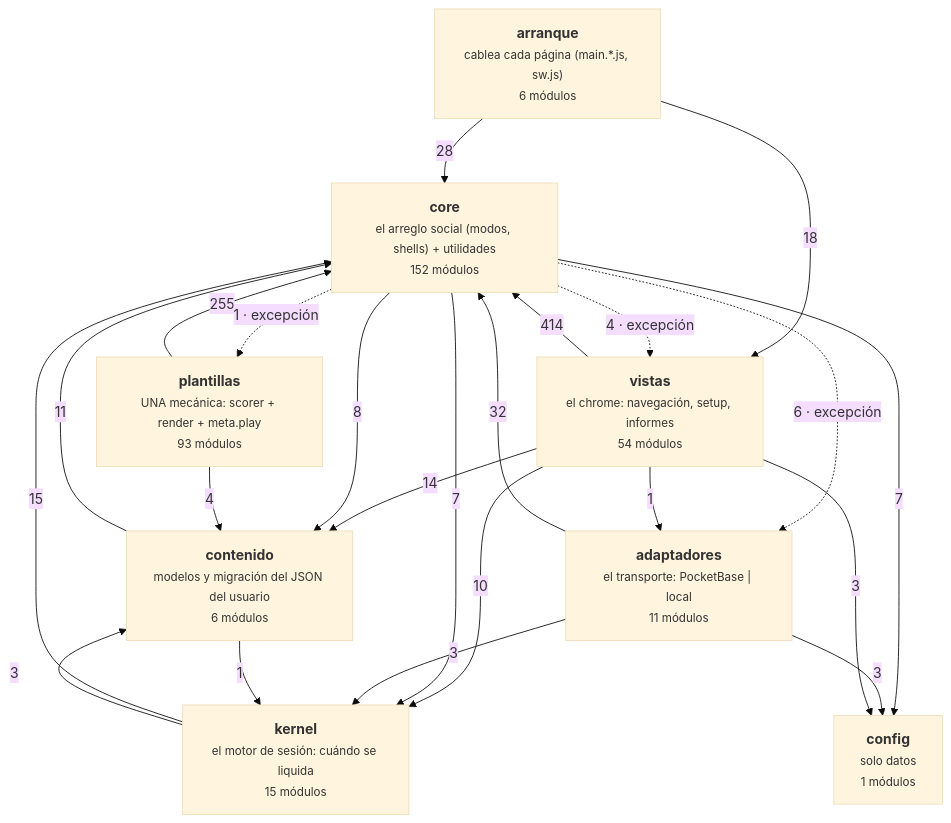
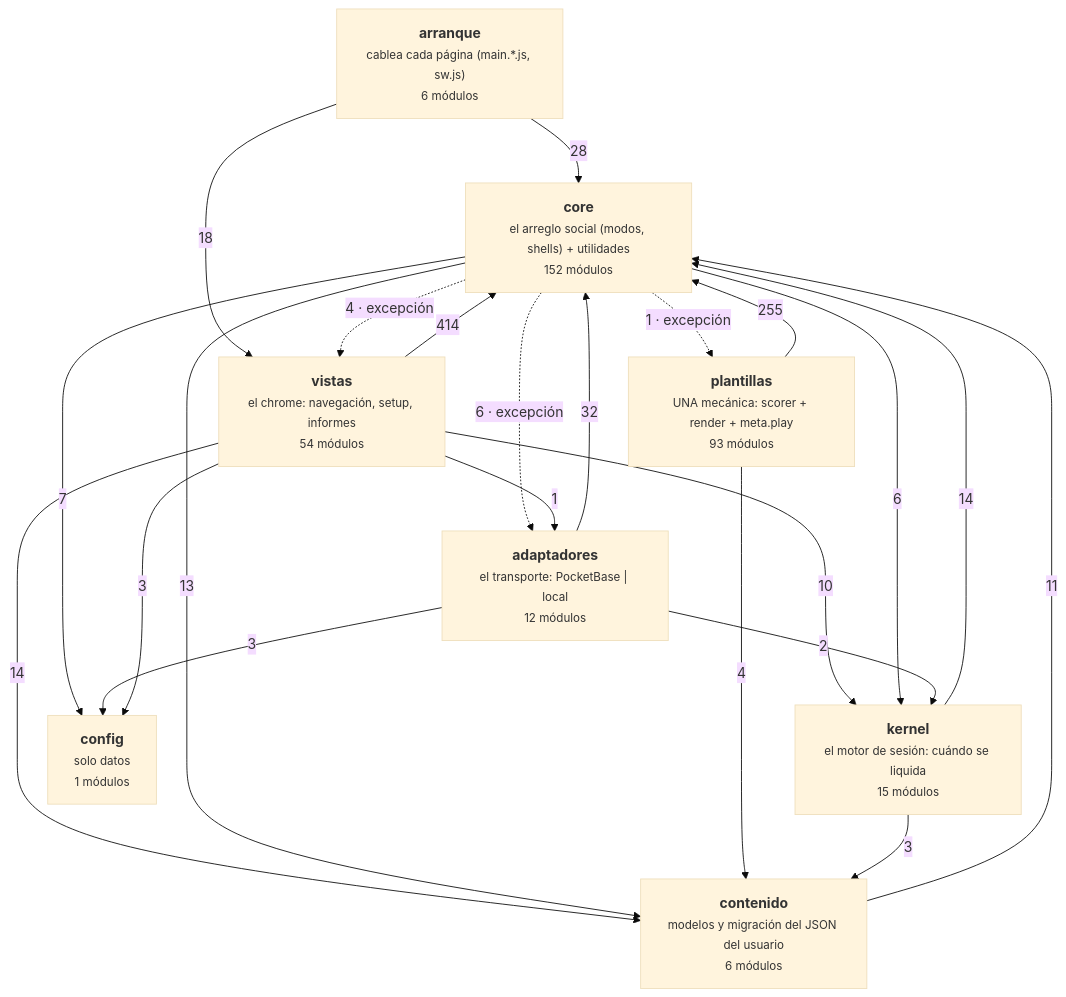
The diagram in docs/arquitectura-modulos.md (duecaz/ac), drawn with Mermaid (base theme) before and after one commit. The commit also changed other lines of this file and 94 other files, not shown here.

````diff
--- a/docs/arquitectura-modulos.md
+++ b/docs/arquitectura-modulos.md
@@ -56,33 +56,32 @@
 ```mermaid
 graph TD
   A["<b>arranque</b><br/><small>cablea cada página (main.*.js, sw.js)</small><br/><small>6 módulos</small>"]
   V["<b>vistas</b><br/><small>el chrome: navegación, setup, informes</small><br/><small>54 módulos</small>"]
-  AD["<b>adaptadores</b><br/><small>el transporte: PocketBase | local</small><br/><small>11 módulos</small>"]
+  AD["<b>adaptadores</b><br/><small>el transporte: PocketBase | local</small><br/><small>12 módulos</small>"]
   C["<b>core</b><br/><small>el arreglo social (modos, shells) + utilidades</small><br/><small>152 módulos</small>"]
   K["<b>kernel</b><br/><small>el motor de sesión: cuándo se liquida</small><br/><small>15 módulos</small>"]
   T["<b>plantillas</b><br/><small>UNA mecánica: scorer + render + meta.play</small><br/><small>93 módulos</small>"]
   CO["<b>contenido</b><br/><small>modelos y migración del JSON del usuario</small><br/><small>6 módulos</small>"]
   CF["<b>config</b><br/><small>solo datos</small><br/><small>1 módulos</small>"]
   V -->|414| C
   T -->|255| C
   AD -->|32| C
   A -->|28| C
   A -->|18| V
-  K -->|15| C
+  K -->|14| C
   V -->|14| CO
+  C -->|13| CO
   CO -->|11| C
   V -->|10| K
-  C -->|8| CO
-  C -->|7| K
   C -->|7| CF
+  C -->|6| K
   C -.->|6 · excepción| AD
   C -.->|4 · excepción| V
   T -->|4| CO
   AD -->|3| CF
-  AD -->|3| K
   K -->|3| CO
   V -->|3| CF
+  AD -->|2| K
   C -.->|1 · excepción| T
-  CO -->|1| K
   V -->|1| AD
 ```
````
